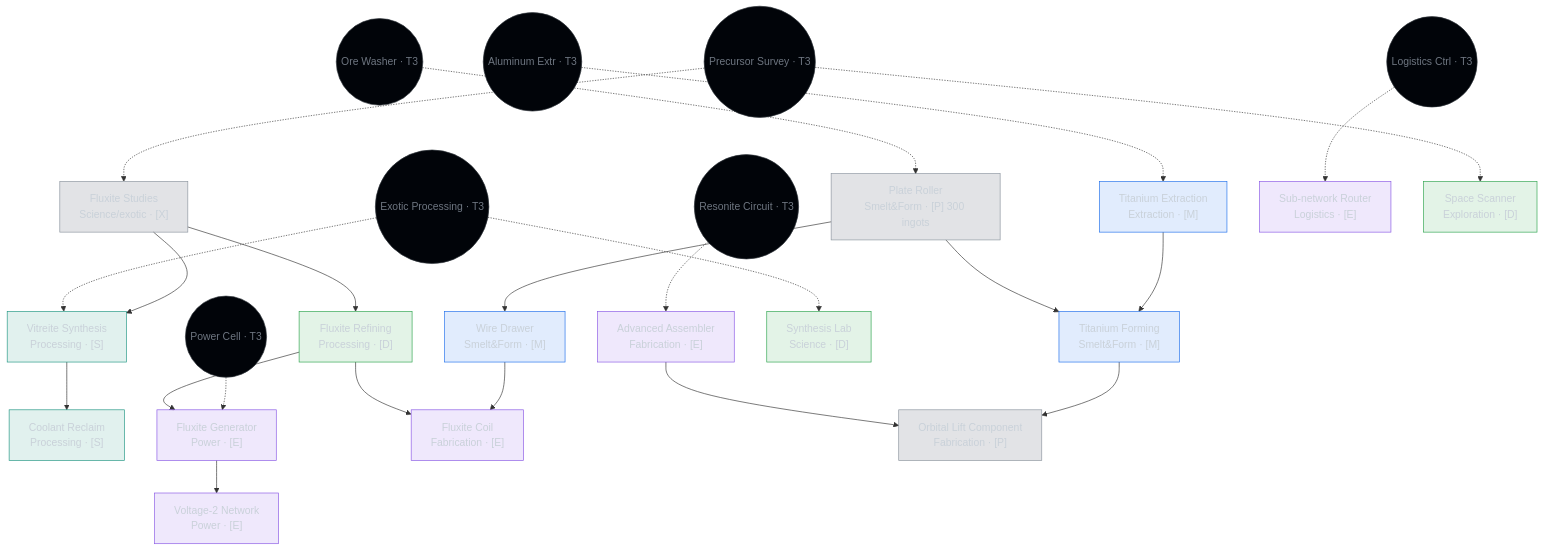
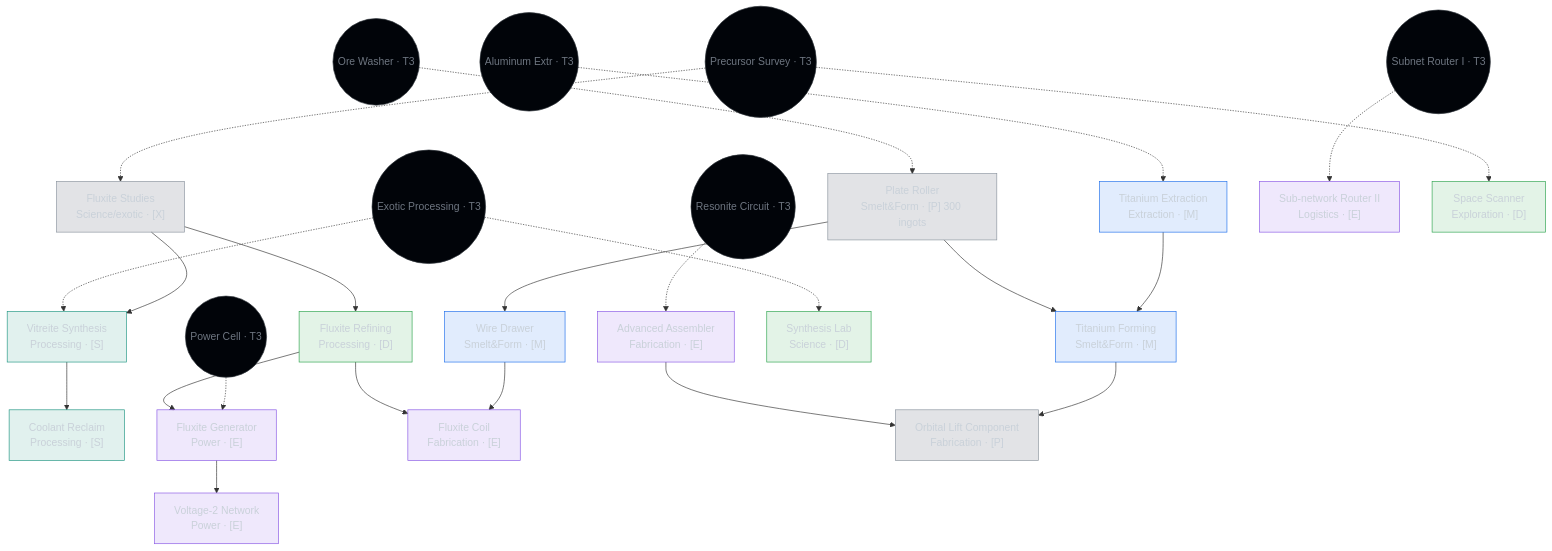
The fourth of 5 diagrams in docs/standard-run-design.md (gtosh4/exergon), drawn with Mermaid before and after one commit. The commit also changed other lines of this file and 2 other files, not shown here.

First line of the commit message:
docs: rename logistics nodes → Sub-network Router I/II

````diff
--- a/docs/standard-run-design.md
+++ b/docs/standard-run-design.md
@@ -429,58 +429,58 @@
 ```mermaid
 graph TD
   %% Tier 4 — Ascent. [M]Material [E]Engineering [D]Discovery [S]Synthesis [P]Production [X]Exploration. Dashed=cross-tier.
   ALx(("Aluminum Extr · T3")):::ext
   OWx(("Ore Washer · T3")):::ext
   EPx(("Exotic Processing · T3")):::ext
   RCx(("Resonite Circuit · T3")):::ext
-  LCx(("Logistics Ctrl · T3")):::ext
+  LCx(("Subnet Router I · T3")):::ext
   PCx(("Power Cell · T3")):::ext
   PSx(("Precursor Survey · T3")):::ext
 
   TI["Titanium Extraction<br/>Extraction · [M]"]:::mat
   PR["Plate Roller<br/>Smelt&Form · [P] 300 ingots"]:::prod
   WD["Wire Drawer<br/>Smelt&Form · [M]"]:::mat
   TF["Titanium Forming<br/>Smelt&Form · [M]"]:::mat
   FST["Fluxite Studies<br/>Science/exotic · [X]"]:::prod
   FR["Fluxite Refining<br/>Processing · [D]"]:::dis
   VS["Vitreite Synthesis<br/>Processing · [S]"]:::syn
   SL["Synthesis Lab<br/>Science · [D]"]:::dis
   CRe["Coolant Reclaim<br/>Processing · [S]"]:::syn
   FG["Fluxite Generator<br/>Power · [E]"]:::eng
   V2["Voltage-2 Network<br/>Power · [E]"]:::eng
   FC["Fluxite Coil<br/>Fabrication · [E]"]:::eng
   AAs["Advanced Assembler<br/>Fabrication · [E]"]:::eng
-  SR["Sub-network Router<br/>Logistics · [E]"]:::eng
+  SR["Sub-network Router II<br/>Logistics · [E]"]:::eng
   SC["Space Scanner<br/>Exploration · [D]"]:::dis
   OL["Orbital Lift Component<br/>Fabrication · [P]"]:::prod
 
   ALx -.-> TI
   OWx -.-> PR
   PR --> WD
   PR --> TF
   TI --> TF
   PSx -.-> FST
   FST --> FR
   EPx -.-> VS
   FST --> VS
   EPx -.-> SL
   VS --> CRe
   FR --> FG
   PCx -.-> FG
   FG --> V2
   FR --> FC
   WD --> FC
   RCx -.-> AAs
   LCx -.-> SR
   PSx -.-> SC
   AAs --> OL
   TF --> OL
 
   classDef mat fill:#1f6feb22,stroke:#1f6feb,color:#c9d1d9;
   classDef eng fill:#8957e522,stroke:#8957e5,color:#c9d1d9;
   classDef dis fill:#2da44e22,stroke:#2da44e,color:#c9d1d9;
   classDef syn fill:#1f968322,stroke:#1f9683,color:#c9d1d9;
   classDef prod fill:#6e768133,stroke:#8b949e,color:#c9d1d9;
   classDef ext fill:#010409,stroke:#30363d,color:#6e7681;
   %% optional nodes (Efficiency Module II, Fluxite Capacitor, Terraform Router, Deep Survey) omitted for legibility
 ```
````
